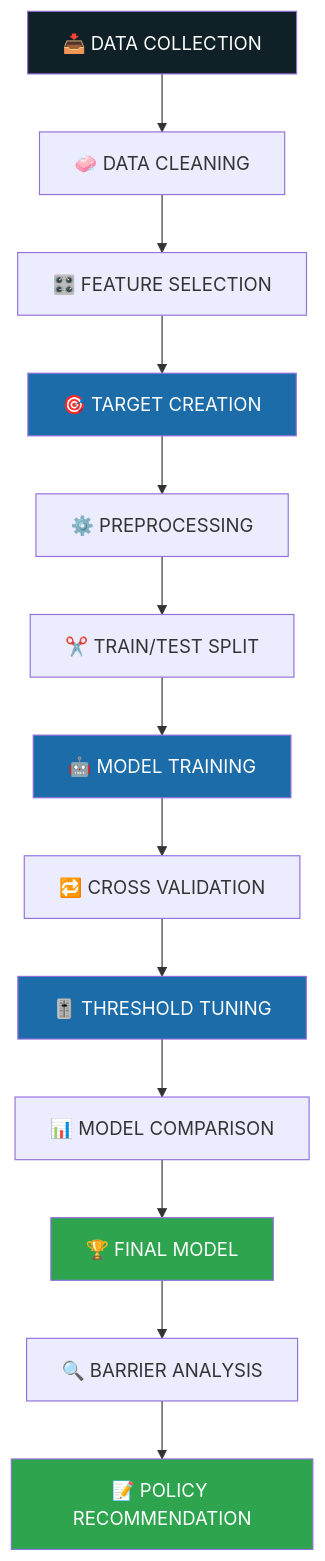
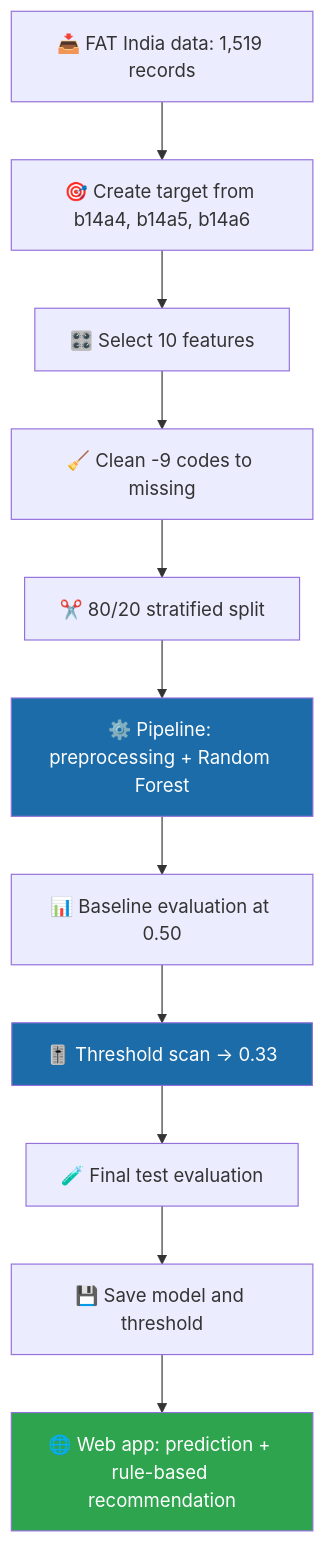
Before and after one commit to iamkrishna27/SPARK: the second of 3 diagrams in README.md, drawn with Mermaid. The commit also changed other lines of this file, not shown here.

Commit message:
Complete ML model and full stack implementation

````diff
--- a/README.md
+++ b/README.md
@@ -275,22 +221,17 @@
 ```mermaid
 flowchart TD
-    A[📥 DATA COLLECTION] --> B[🧼 DATA CLEANING]
-    B --> C[🎛️ FEATURE SELECTION]
-    C --> D[🎯 TARGET CREATION]
-    D --> E[⚙️ PREPROCESSING]
-    E --> F[✂️ TRAIN/TEST SPLIT]
-    F --> G[🤖 MODEL TRAINING]
-    G --> H[🔁 CROSS VALIDATION]
-    H --> I[🎚️ THRESHOLD TUNING]
-    I --> J[📊 MODEL COMPARISON]
-    J --> K[🏆 FINAL MODEL]
-    K --> L[🔍 BARRIER ANALYSIS]
-    L --> M[📝 POLICY RECOMMENDATION]
+    A[📥 FAT India data: 1,519 records] --> B[🎯 Create target from b14a4, b14a5, b14a6]
+    B --> C[🎛️ Select 10 features]
+    C --> D[🧹 Clean -9 codes to missing]
+    D --> E[✂️ 80/20 stratified split]
+    E --> F[⚙️ Pipeline: preprocessing + Random Forest]
+    F --> G[📊 Baseline evaluation at 0.50]
+    G --> H[🎚️ Threshold scan → 0.33]
+    H --> I[🧪 Final test evaluation]
+    I --> J[💾 Save model and threshold]
+    J --> K[🌐 Web app: prediction + rule-based recommendation]
 
-    style A fill:#0f2027,color:#fff
-    style D fill:#1b6ca8,color:#fff
-    style G fill:#1b6ca8,color:#fff
-    style I fill:#1b6ca8,color:#fff
+    style F fill:#1b6ca8,color:#fff
+    style H fill:#1b6ca8,color:#fff
     style K fill:#2ea44f,color:#fff
-    style M fill:#2ea44f,color:#fff
 ```
````
